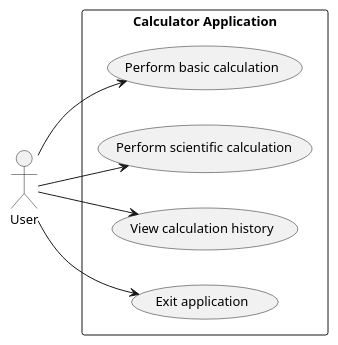
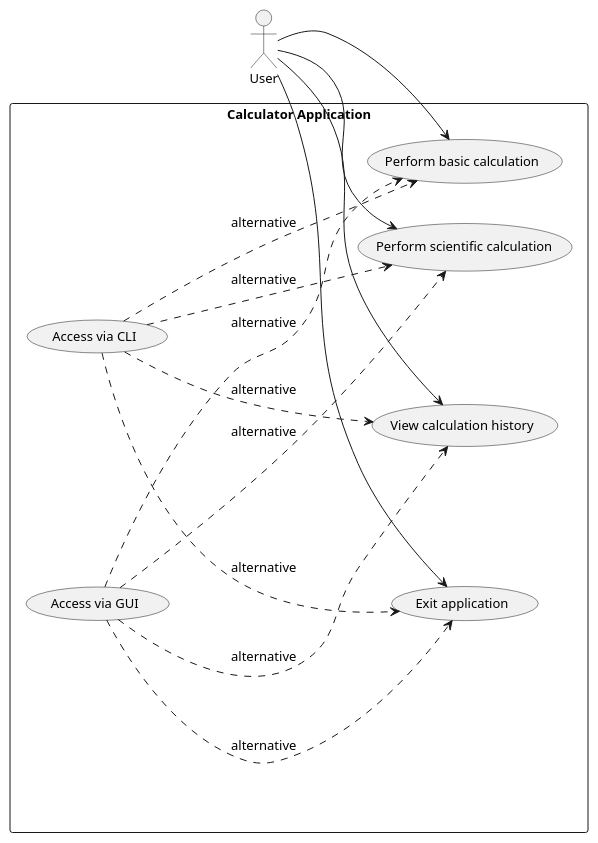
The diagram in experiments/broadcast/test_driven/calculator/artifacts/use_case_diagram.puml (DanielRiha8906/Software_autoevolution_using_agents), drawn with PlantUML before and after one commit. The commit also changed 10 other files, not shown here.

```diff
--- a/experiments/broadcast/test_driven/calculator/artifacts/use_case_diagram.puml
+++ b/experiments/broadcast/test_driven/calculator/artifacts/use_case_diagram.puml
@@ -1,22 +1,34 @@
 @startuml use_case_diagram
 
 skinparam defaultFontSize 13
 
 left to right direction
 
 actor User
 
 rectangle "Calculator Application" {
     usecase "Perform basic calculation" as UC_Calc
     usecase "Perform scientific calculation" as UC_Scientific
     usecase "View calculation history" as UC_History
     usecase "Exit application" as UC_Exit
 
+    usecase "Access via CLI" as UC_CLI
+    usecase "Access via GUI" as UC_GUI
 }
 
 User --> UC_Calc
 User --> UC_Scientific
 User --> UC_History
 User --> UC_Exit
 
+UC_CLI -.-> UC_Calc : alternative
+UC_CLI -.-> UC_Scientific : alternative
+UC_CLI -.-> UC_History : alternative
+UC_CLI -.-> UC_Exit : alternative
+
+UC_GUI -.-> UC_Calc : alternative
+UC_GUI -.-> UC_Scientific : alternative
+UC_GUI -.-> UC_History : alternative
+UC_GUI -.-> UC_Exit : alternative
+
 @enduml
```
